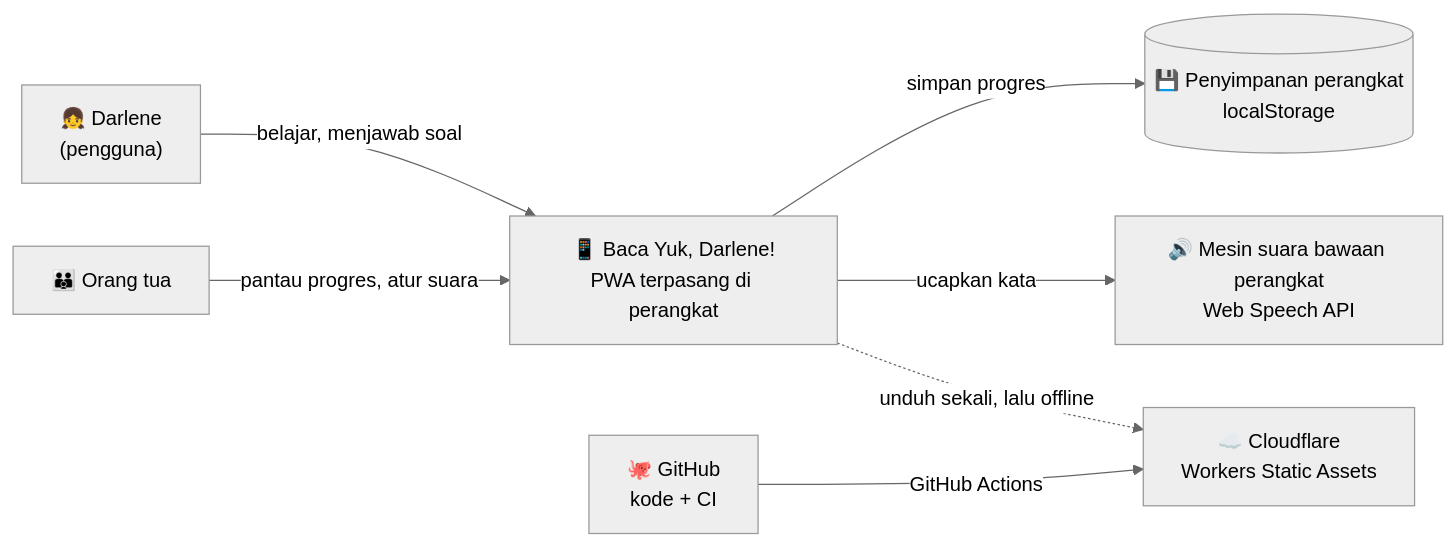
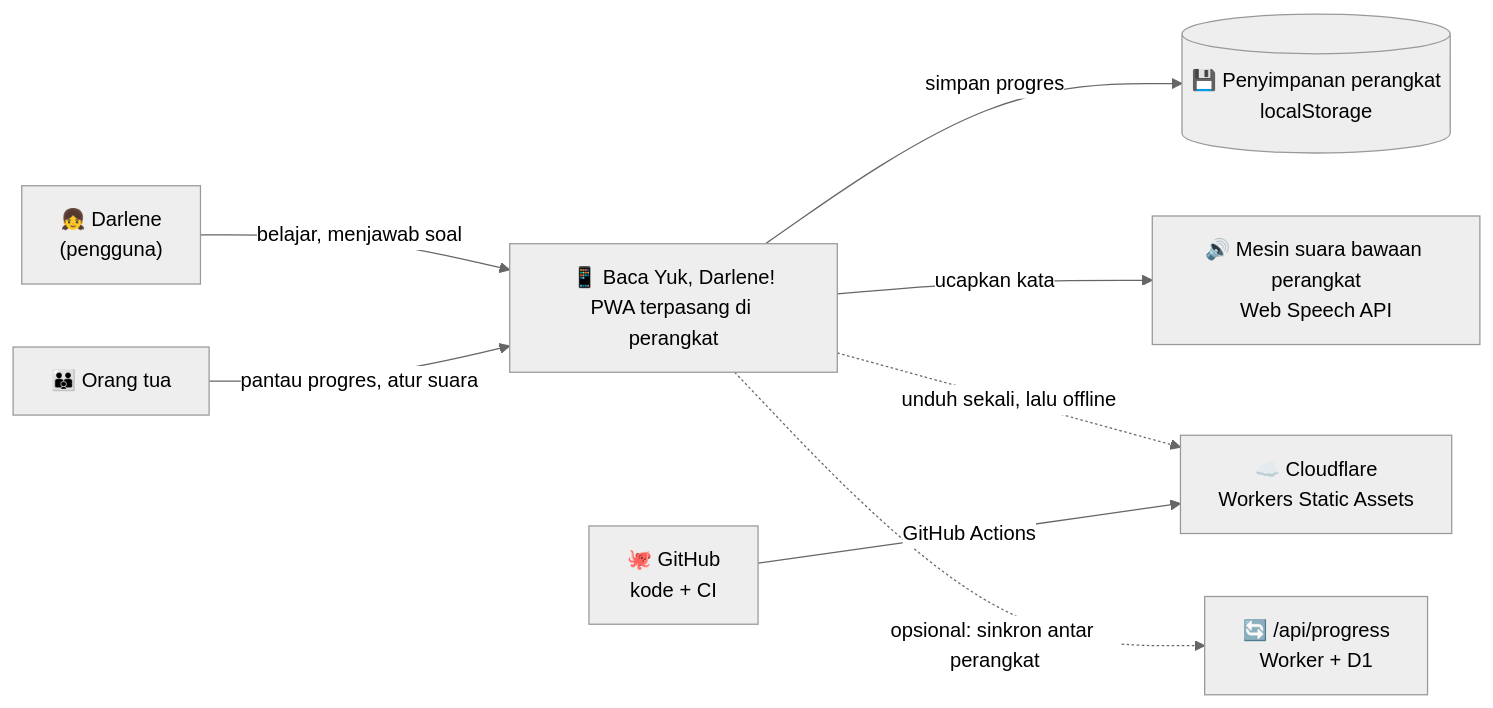
Before and after one commit to andwowor/Latihan-Membaca-Darlene: the diagram in docs/architecture/00-overview.md, drawn with Mermaid (neutral theme). The commit also changed other lines of this file and 34 other files, not shown here.

First line of the commit message:
feat: sinkronisasi antar perangkat, perkenalan materi, dan ilustrasi

````diff
--- a/docs/architecture/00-overview.md
+++ b/docs/architecture/00-overview.md
@@ -32,10 +32,11 @@
 ```mermaid
 flowchart LR
   Anak["👧 Darlene<br/>(pengguna)"] -->|belajar, menjawab soal| App
   OrangTua["👪 Orang tua"] -->|pantau progres, atur suara| App
   App["📱 Baca Yuk, Darlene!<br/>PWA terpasang di perangkat"]
   App -->|simpan progres| Penyimpanan[("💾 Penyimpanan perangkat<br/>localStorage")]
   App -->|ucapkan kata| TTS["🔊 Mesin suara bawaan perangkat<br/>Web Speech API"]
   App -.->|unduh sekali, lalu offline| CDN["☁️ Cloudflare<br/>Workers Static Assets"]
+  App -.->|opsional: sinkron antar perangkat| API["🔄 /api/progress<br/>Worker + D1"]
   Repo["🐙 GitHub<br/>kode + CI"] -->|GitHub Actions| CDN
 ```
````
